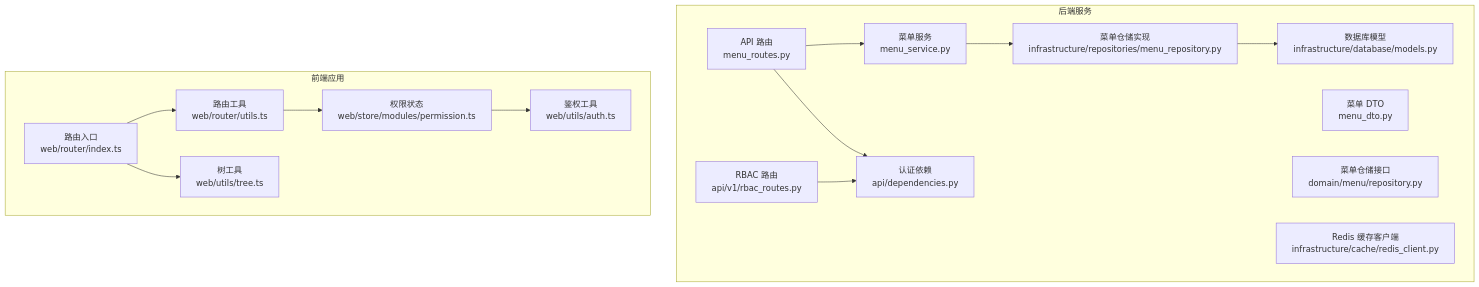
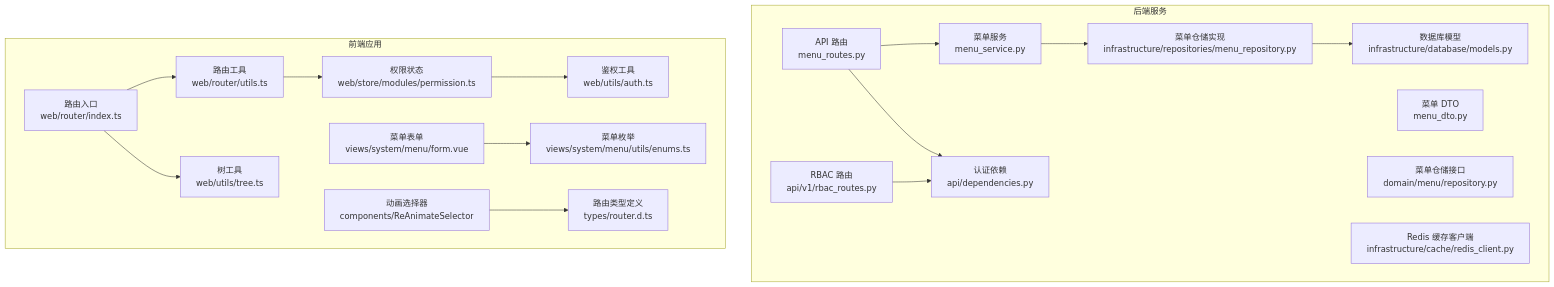
One commit to taoweidong/Hello-FastApi changed the first of 10 diagrams in .qoder/repowiki/zh/content/项目概述/核心特性/动态菜单生成.md. Above: the diagram before and after it, drawn with Mermaid. The commit also changed other lines of this file and 11 other files, not shown here.

````diff
--- a/.qoder/repowiki/zh/content/项目概述/核心特性/动态菜单生成.md
+++ b/.qoder/repowiki/zh/content/项目概述/核心特性/动态菜单生成.md
@@ -41,30 +62,36 @@
 ```mermaid
 graph TB
 subgraph "后端服务"
 A["API 路由<br/>menu_routes.py"]
 B["菜单服务<br/>menu_service.py"]
 C["菜单 DTO<br/>menu_dto.py"]
 D["菜单仓储接口<br/>domain/menu/repository.py"]
 E["菜单仓储实现<br/>infrastructure/repositories/menu_repository.py"]
 F["数据库模型<br/>infrastructure/database/models.py"]
 G["RBAC 路由<br/>api/v1/rbac_routes.py"]
 H["认证依赖<br/>api/dependencies.py"]
 I["Redis 缓存客户端<br/>infrastructure/cache/redis_client.py"]
 end
 subgraph "前端应用"
 J["路由入口<br/>web/router/index.ts"]
 K["路由工具<br/>web/router/utils.ts"]
 L["权限状态<br/>web/store/modules/permission.ts"]
 M["树工具<br/>web/utils/tree.ts"]
 N["鉴权工具<br/>web/utils/auth.ts"]
+O["菜单表单<br/>views/system/menu/form.vue"]
+P["菜单枚举<br/>views/system/menu/utils/enums.ts"]
+Q["动画选择器<br/>components/ReAnimateSelector"]
+R["路由类型定义<br/>types/router.d.ts"]
 end
 A --> B
 B --> E
 E --> F
 A --> H
 G --> H
 J --> K
 K --> L
 J --> M
 L --> N
+O --> P
+Q --> R
 ```
````
